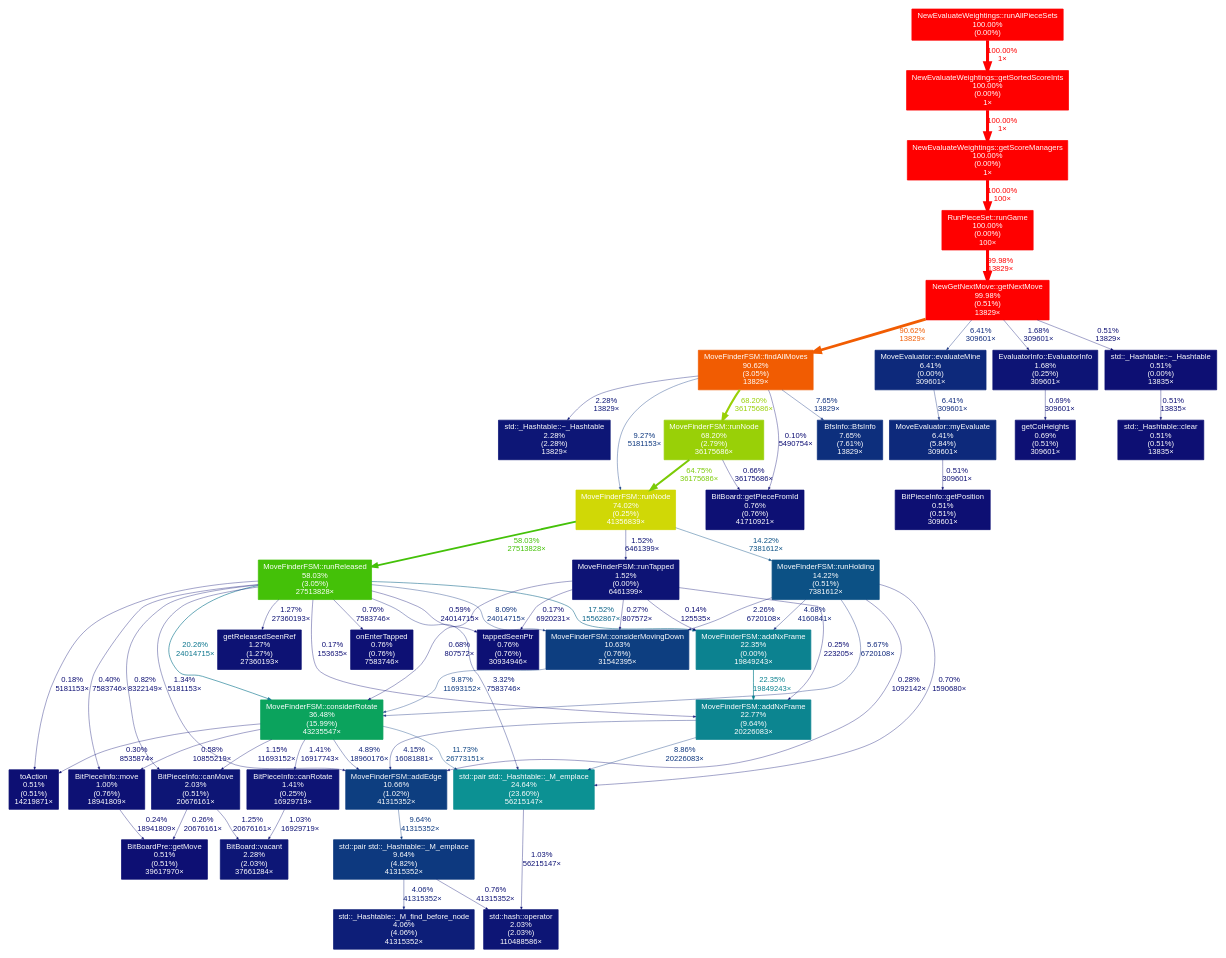
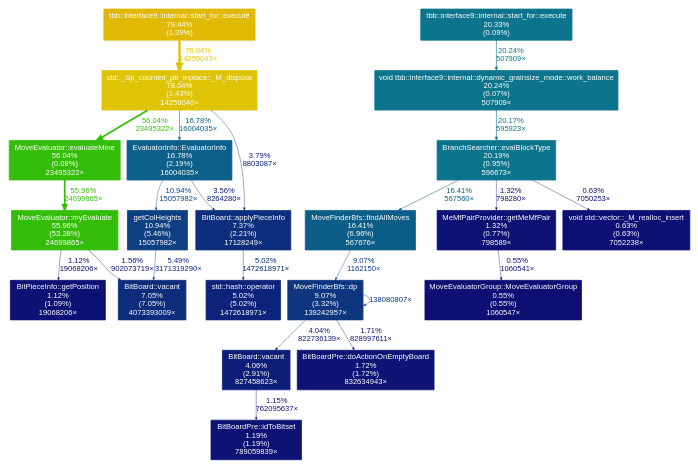
The diagram in cpp/scripts/hi.dot (domsleee/tetrisai), drawn with Graphviz before and after one commit. The commit also changed 153 other files, not shown here.

```diff
--- a/cpp/scripts/hi.dot
+++ b/cpp/scripts/hi.dot
@@ -2,105 +2,47 @@
 	graph [fontname=Arial, nodesep=0.125, ranksep=0.25];
 	node [fontcolor=white, fontname=Arial, height=0, shape=box, style=filled, width=0];
 	edge [fontname=Arial];
-	1 [color="#ff0000", fontcolor="#ffffff", fontsize="10.00", label="NewEvaluateWeightings::getScoreManagers\n100.00%\n(0.00%)\n1×"];
-	1 -> 4 [arrowsize="1.00", color="#ff0000", fontcolor="#ff0000", fontsize="10.00", label="100.00%\n100×", labeldistance="4.00", penwidth="4.00"];
-	2 [color="#ff0000", fontcolor="#ffffff", fontsize="10.00", label="NewEvaluateWeightings::getSortedScoreInts\n100.00%\n(0.00%)\n1×"];
-	2 -> 1 [arrowsize="1.00", color="#ff0000", fontcolor="#ff0000", fontsize="10.00", label="100.00%\n1×", labeldistance="4.00", penwidth="4.00"];
-	3 [color="#ff0000", fontcolor="#ffffff", fontsize="10.00", label="NewEvaluateWeightings::runAllPieceSets\n100.00%\n(0.00%)"];
-	3 -> 2 [arrowsize="1.00", color="#ff0000", fontcolor="#ff0000", fontsize="10.00", label="100.00%\n1×", labeldistance="4.00", penwidth="4.00"];
-	4 [color="#ff0000", fontcolor="#ffffff", fontsize="10.00", label="RunPieceSet::runGame\n100.00%\n(0.00%)\n100×"];
-	4 -> 5 [arrowsize="1.00", color="#ff0000", fontcolor="#ff0000", fontsize="10.00", label="99.98%\n13829×", labeldistance="4.00", penwidth="4.00"];
-	5 [color="#ff0000", fontcolor="#ffffff", fontsize="10.00", label="NewGetNextMove::getNextMove\n99.98%\n(0.51%)\n13829×"];
-	5 -> 6 [arrowsize="0.95", color="#f15c02", fontcolor="#f15c02", fontsize="10.00", label="90.62%\n13829×", labeldistance="3.62", penwidth="3.62"];
-	5 -> 20 [arrowsize="0.35", color="#0d297b", fontcolor="#0d297b", fontsize="10.00", label="6.41%\n309601×", labeldistance="0.50", penwidth="0.50"];
-	5 -> 26 [arrowsize="0.35", color="#0d1475", fontcolor="#0d1475", fontsize="10.00", label="1.68%\n309601×", labeldistance="0.50", penwidth="0.50"];
-	5 -> 39 [arrowsize="0.35", color="#0d0f73", fontcolor="#0d0f73", fontsize="10.00", label="0.51%\n13829×", labeldistance="0.50", penwidth="0.50"];
-	6 [color="#f15c02", fontcolor="#ffffff", fontsize="10.00", label="MoveFinderFSM::findAllMoves\n90.62%\n(3.05%)\n13829×"];
-	6 -> 7 [arrowsize="0.35", color="#0d377f", fontcolor="#0d377f", fontsize="10.00", label="9.27%\n5181153×", labeldistance="0.50", penwidth="0.50"];
-	6 -> 8 [arrowsize="0.83", color="#99d007", fontcolor="#99d007", fontsize="10.00", label="68.20%\n36175686×", labeldistance="2.73", penwidth="2.73"];
-	6 -> 18 [arrowsize="0.35", color="#0d2f7d", fontcolor="#0d2f7d", fontsize="10.00", label="7.65%\n13829×", labeldistance="0.50", penwidth="0.50"];
-	6 -> 22 [arrowsize="0.35", color="#0d1676", fontcolor="#0d1676", fontsize="10.00", label="2.28%\n13829×", labeldistance="0.50", penwidth="0.50"];
-	6 -> 31 [arrowsize="0.35", color="#0d0d73", fontcolor="#0d0d73", fontsize="10.00", label="0.10%\n5490754×", labeldistance="0.50", penwidth="0.50"];
-	7 [color="#d0d806", fontcolor="#ffffff", fontsize="10.00", label="MoveFinderFSM::runNode\n74.02%\n(0.25%)\n41356839×"];
-	7 -> 9 [arrowsize="0.76", color="#44c108", fontcolor="#44c108", fontsize="10.00", label="58.03%\n27513828×", labeldistance="2.32", penwidth="2.32"];
-	7 -> 14 [arrowsize="0.38", color="#0c5185", fontcolor="#0c5185", fontsize="10.00", label="14.22%\n7381612×", labeldistance="0.57", penwidth="0.57"];
-	7 -> 27 [arrowsize="0.35", color="#0d1375", fontcolor="#0d1375", fontsize="10.00", label="1.52%\n6461399×", labeldistance="0.50", penwidth="0.50"];
-	8 [color="#99d007", fontcolor="#ffffff", fontsize="10.00", label="MoveFinderFSM::runNode\n68.20%\n(2.79%)\n36175686×"];
-	8 -> 7 [arrowsize="0.80", color="#7bcb07", fontcolor="#7bcb07", fontsize="10.00", label="64.75%\n36175686×", labeldistance="2.59", penwidth="2.59"];
-	8 -> 31 [arrowsize="0.35", color="#0d0f74", fontcolor="#0d0f74", fontsize="10.00", label="0.66%\n36175686×", labeldistance="0.50", penwidth="0.50"];
-	9 [color="#44c108", fontcolor="#ffffff", fontsize="10.00", label="MoveFinderFSM::runReleased\n58.03%\n(3.05%)\n27513828×"];
-	9 -> 10 [arrowsize="0.45", color="#0c758d", fontcolor="#0c758d", fontsize="10.00", label="20.26%\n24014715×", labeldistance="0.81", penwidth="0.81"];
-	9 -> 11 [arrowsize="0.35", color="#0d1b77", fontcolor="#0d1b77", fontsize="10.00", label="3.32%\n7583746×", labeldistance="0.50", penwidth="0.50"];
-	9 -> 12 [arrowsize="0.35", color="#0d0d73", fontcolor="#0d0d73", fontsize="10.00", label="0.17%\n153635×", labeldistance="0.50", penwidth="0.50"];
-	9 -> 13 [arrowsize="0.42", color="#0c6489", fontcolor="#0c6489", fontsize="10.00", label="17.52%\n15562867×", labeldistance="0.70", penwidth="0.70"];
-	9 -> 15 [arrowsize="0.35", color="#0d1274", fontcolor="#0d1274", fontsize="10.00", label="1.34%\n5181153×", labeldistance="0.50", penwidth="0.50"];
-	9 -> 16 [arrowsize="0.35", color="#0d317d", fontcolor="#0d317d", fontsize="10.00", label="8.09%\n24014715×", labeldistance="0.50", penwidth="0.50"];
-	9 -> 25 [arrowsize="0.35", color="#0d1074", fontcolor="#0d1074", fontsize="10.00", label="0.82%\n8322149×", labeldistance="0.50", penwidth="0.50"];
-	9 -> 29 [arrowsize="0.35", color="#0d1274", fontcolor="#0d1274", fontsize="10.00", label="1.27%\n27360193×", labeldistance="0.50", penwidth="0.50"];
-	9 -> 30 [arrowsize="0.35", color="#0d0e73", fontcolor="#0d0e73", fontsize="10.00", label="0.40%\n7583746×", labeldistance="0.50", penwidth="0.50"];
-	9 -> 32 [arrowsize="0.35", color="#0d0f74", fontcolor="#0d0f74", fontsize="10.00", label="0.59%\n24014715×", labeldistance="0.50", penwidth="0.50"];
-	9 -> 33 [arrowsize="0.35", color="#0d1074", fontcolor="#0d1074", fontsize="10.00", label="0.76%\n7583746×", labeldistance="0.50", penwidth="0.50"];
-	9 -> 36 [arrowsize="0.35", color="#0d0e73", fontcolor="#0d0e73", fontsize="10.00", label="0.18%\n5181153×", labeldistance="0.50", penwidth="0.50"];
-	10 [color="#0ba35d", fontcolor="#ffffff", fontsize="10.00", label="MoveFinderFSM::considerRotate\n36.48%\n(15.99%)\n43235547×"];
-	10 -> 11 [arrowsize="0.35", color="#0d4482", fontcolor="#0d4482", fontsize="10.00", label="11.73%\n26773151×", labeldistance="0.50", penwidth="0.50"];
-	10 -> 15 [arrowsize="0.35", color="#0d2279", fontcolor="#0d2279", fontsize="10.00", label="4.89%\n18960176×", labeldistance="0.50", penwidth="0.50"];
-	10 -> 25 [arrowsize="0.35", color="#0d1174", fontcolor="#0d1174", fontsize="10.00", label="1.15%\n11693152×", labeldistance="0.50", penwidth="0.50"];
-	10 -> 28 [arrowsize="0.35", color="#0d1375", fontcolor="#0d1375", fontsize="10.00", label="1.41%\n16917743×", labeldistance="0.50", penwidth="0.50"];
-	10 -> 30 [arrowsize="0.35", color="#0d0f73", fontcolor="#0d0f73", fontsize="10.00", label="0.58%\n10855219×", labeldistance="0.50", penwidth="0.50"];
-	10 -> 36 [arrowsize="0.35", color="#0d0e73", fontcolor="#0d0e73", fontsize="10.00", label="0.30%\n8535874×", labeldistance="0.50", penwidth="0.50"];
-	11 [color="#0c9193", fontcolor="#ffffff", fontsize="10.00", label="std::pair std::_Hashtable::_M_emplace\n24.64%\n(23.60%)\n56215147×"];
-	11 -> 24 [arrowsize="0.35", color="#0d1174", fontcolor="#0d1174", fontsize="10.00", label="1.03%\n56215147×", labeldistance="0.50", penwidth="0.50"];
-	12 [color="#0c8590", fontcolor="#ffffff", fontsize="10.00", label="MoveFinderFSM::addNxFrame\n22.77%\n(9.64%)\n20226083×"];
-	12 -> 11 [arrowsize="0.35", color="#0d357e", fontcolor="#0d357e", fontsize="10.00", label="8.86%\n20226083×", labeldistance="0.50", penwidth="0.50"];
-	12 -> 15 [arrowsize="0.35", color="#0d1f78", fontcolor="#0d1f78", fontsize="10.00", label="4.15%\n16081881×", labeldistance="0.50", penwidth="0.50"];
-	13 [color="#0c8290", fontcolor="#ffffff", fontsize="10.00", label="MoveFinderFSM::addNxFrame\n22.35%\n(0.00%)\n19849243×"];
-	13 -> 12 [arrowsize="0.47", color="#0c8290", fontcolor="#0c8290", fontsize="10.00", label="22.35%\n19849243×", labeldistance="0.89", penwidth="0.89"];
-	14 [color="#0c5185", fontcolor="#ffffff", fontsize="10.00", label="MoveFinderFSM::runHolding\n14.22%\n(0.51%)\n7381612×"];
-	14 -> 10 [arrowsize="0.35", color="#0d267a", fontcolor="#0d267a", fontsize="10.00", label="5.67%\n6720108×", labeldistance="0.50", penwidth="0.50"];
-	14 -> 11 [arrowsize="0.35", color="#0d1074", fontcolor="#0d1074", fontsize="10.00", label="0.70%\n1590680×", labeldistance="0.50", penwidth="0.50"];
-	14 -> 13 [arrowsize="0.35", color="#0d2179", fontcolor="#0d2179", fontsize="10.00", label="4.68%\n4160841×", labeldistance="0.50", penwidth="0.50"];
-	14 -> 15 [arrowsize="0.35", color="#0d0e73", fontcolor="#0d0e73", fontsize="10.00", label="0.28%\n1092142×", labeldistance="0.50", penwidth="0.50"];
-	14 -> 16 [arrowsize="0.35", color="#0d1676", fontcolor="#0d1676", fontsize="10.00", label="2.26%\n6720108×", labeldistance="0.50", penwidth="0.50"];
-	15 [color="#0d3e80", fontcolor="#ffffff", fontsize="10.00", label="MoveFinderFSM::addEdge\n10.66%\n(1.02%)\n41315352×"];
-	15 -> 17 [arrowsize="0.35", color="#0d397f", fontcolor="#0d397f", fontsize="10.00", label="9.64%\n41315352×", labeldistance="0.50", penwidth="0.50"];
-	16 [color="#0d3e80", fontcolor="#ffffff", fontsize="10.00", label="MoveFinderFSM::considerMovingDown\n10.63%\n(0.76%)\n31542395×"];
-	16 -> 10 [arrowsize="0.35", color="#0d3a7f", fontcolor="#0d3a7f", fontsize="10.00", label="9.87%\n11693152×", labeldistance="0.50", penwidth="0.50"];
-	17 [color="#0d397f", fontcolor="#ffffff", fontsize="10.00", label="std::pair std::_Hashtable::_M_emplace\n9.64%\n(4.82%)\n41315352×"];
-	17 -> 21 [arrowsize="0.35", color="#0d1e78", fontcolor="#0d1e78", fontsize="10.00", label="4.06%\n41315352×", labeldistance="0.50", penwidth="0.50"];
-	17 -> 24 [arrowsize="0.35", color="#0d1074", fontcolor="#0d1074", fontsize="10.00", label="0.76%\n41315352×", labeldistance="0.50", penwidth="0.50"];
-	18 [color="#0d2f7d", fontcolor="#ffffff", fontsize="10.00", label="BfsInfo::BfsInfo\n7.65%\n(7.61%)\n13829×"];
-	19 [color="#0d297b", fontcolor="#ffffff", fontsize="10.00", label="MoveEvaluator::myEvaluate\n6.41%\n(5.84%)\n309601×"];
-	19 -> 37 [arrowsize="0.35", color="#0d0f73", fontcolor="#0d0f73", fontsize="10.00", label="0.51%\n309601×", labeldistance="0.50", penwidth="0.50"];
-	20 [color="#0d297b", fontcolor="#ffffff", fontsize="10.00", label="MoveEvaluator::evaluateMine\n6.41%\n(0.00%)\n309601×"];
-	20 -> 19 [arrowsize="0.35", color="#0d297b", fontcolor="#0d297b", fontsize="10.00", label="6.41%\n309601×", labeldistance="0.50", penwidth="0.50"];
-	21 [color="#0d1e78", fontcolor="#ffffff", fontsize="10.00", label="std::_Hashtable::_M_find_before_node\n4.06%\n(4.06%)\n41315352×"];
-	22 [color="#0d1676", fontcolor="#ffffff", fontsize="10.00", label="std::_Hashtable::~_Hashtable\n2.28%\n(2.28%)\n13829×"];
-	23 [color="#0d1676", fontcolor="#ffffff", fontsize="10.00", label="BitBoard::vacant\n2.28%\n(2.03%)\n37661284×"];
-	24 [color="#0d1575", fontcolor="#ffffff", fontsize="10.00", label="std::hash::operator\n2.03%\n(2.03%)\n110488586×"];
-	25 [color="#0d1575", fontcolor="#ffffff", fontsize="10.00", label="BitPieceInfo::canMove\n2.03%\n(0.51%)\n20676161×"];
-	25 -> 23 [arrowsize="0.35", color="#0d1274", fontcolor="#0d1274", fontsize="10.00", label="1.25%\n20676161×", labeldistance="0.50", penwidth="0.50"];
-	25 -> 35 [arrowsize="0.35", color="#0d0e73", fontcolor="#0d0e73", fontsize="10.00", label="0.26%\n20676161×", labeldistance="0.50", penwidth="0.50"];
-	26 [color="#0d1475", fontcolor="#ffffff", fontsize="10.00", label="EvaluatorInfo::EvaluatorInfo\n1.68%\n(0.25%)\n309601×"];
-	26 -> 34 [arrowsize="0.35", color="#0d1074", fontcolor="#0d1074", fontsize="10.00", label="0.69%\n309601×", labeldistance="0.50", penwidth="0.50"];
-	27 [color="#0d1375", fontcolor="#ffffff", fontsize="10.00", label="MoveFinderFSM::runTapped\n1.52%\n(0.00%)\n6461399×"];
-	27 -> 10 [arrowsize="0.35", color="#0d1074", fontcolor="#0d1074", fontsize="10.00", label="0.68%\n807572×", labeldistance="0.50", penwidth="0.50"];
-	27 -> 12 [arrowsize="0.35", color="#0d0e73", fontcolor="#0d0e73", fontsize="10.00", label="0.25%\n223205×", labeldistance="0.50", penwidth="0.50"];
-	27 -> 13 [arrowsize="0.35", color="#0d0d73", fontcolor="#0d0d73", fontsize="10.00", label="0.14%\n125535×", labeldistance="0.50", penwidth="0.50"];
-	27 -> 16 [arrowsize="0.35", color="#0d0e73", fontcolor="#0d0e73", fontsize="10.00", label="0.27%\n807572×", labeldistance="0.50", penwidth="0.50"];
-	27 -> 32 [arrowsize="0.35", color="#0d0d73", fontcolor="#0d0d73", fontsize="10.00", label="0.17%\n6920231×", labeldistance="0.50", penwidth="0.50"];
-	28 [color="#0d1375", fontcolor="#ffffff", fontsize="10.00", label="BitPieceInfo::canRotate\n1.41%\n(0.25%)\n16929719×"];
-	28 -> 23 [arrowsize="0.35", color="#0d1174", fontcolor="#0d1174", fontsize="10.00", label="1.03%\n16929719×", labeldistance="0.50", penwidth="0.50"];
-	29 [color="#0d1274", fontcolor="#ffffff", fontsize="10.00", label="getReleasedSeenRef\n1.27%\n(1.27%)\n27360193×"];
-	30 [color="#0d1174", fontcolor="#ffffff", fontsize="10.00", label="BitPieceInfo::move\n1.00%\n(0.76%)\n18941809×"];
-	30 -> 35 [arrowsize="0.35", color="#0d0e73", fontcolor="#0d0e73", fontsize="10.00", label="0.24%\n18941809×", labeldistance="0.50", penwidth="0.50"];
-	31 [color="#0d1074", fontcolor="#ffffff", fontsize="10.00", label="BitBoard::getPieceFromId\n0.76%\n(0.76%)\n41710921×"];
-	32 [color="#0d1074", fontcolor="#ffffff", fontsize="10.00", label="tappedSeenPtr\n0.76%\n(0.76%)\n30934946×"];
-	33 [color="#0d1074", fontcolor="#ffffff", fontsize="10.00", label="onEnterTapped\n0.76%\n(0.76%)\n7583746×"];
-	34 [color="#0d1074", fontcolor="#ffffff", fontsize="10.00", label="getColHeights\n0.69%\n(0.51%)\n309601×"];
-	35 [color="#0d0f73", fontcolor="#ffffff", fontsize="10.00", label="BitBoardPre::getMove\n0.51%\n(0.51%)\n39617970×"];
-	36 [color="#0d0f73", fontcolor="#ffffff", fontsize="10.00", label="toAction\n0.51%\n(0.51%)\n14219871×"];
-	37 [color="#0d0f73", fontcolor="#ffffff", fontsize="10.00", label="BitPieceInfo::getPosition\n0.51%\n(0.51%)\n309601×"];
-	38 [color="#0d0f73", fontcolor="#ffffff", fontsize="10.00", label="std::_Hashtable::clear\n0.51%\n(0.51%)\n13835×"];
-	39 [color="#0d0f73", fontcolor="#ffffff", fontsize="10.00", label="std::_Hashtable::~_Hashtable\n0.51%\n(0.00%)\n13835×"];
-	39 -> 38 [arrowsize="0.35", color="#0d0f73", fontcolor="#0d0f73", fontsize="10.00", label="0.51%\n13835×", labeldistance="0.50", penwidth="0.50"];
+	1 [color="#e0b905", fontcolor="#ffffff", fontsize="10.00", label="tbb::interface9::internal::start_for::execute\n79.44%\n(1.39%)"];
+	1 -> 2 [arrowsize="0.88", color="#dec405", fontcolor="#dec405", fontsize="10.00", label="78.04%\n14259043×", labeldistance="3.12", penwidth="3.12"];
+	2 [color="#dec405", fontcolor="#ffffff", fontsize="10.00", label="std::_Sp_counted_ptr_inplace::_M_dispose\n78.04%\n(1.43%)\n14259046×"];
+	2 -> 3 [arrowsize="0.75", color="#35be09", fontcolor="#35be09", fontsize="10.00", label="56.04%\n23495322×", labeldistance="2.24", penwidth="2.24"];
+	2 -> 8 [arrowsize="0.41", color="#0c6089", fontcolor="#0c6089", fontsize="10.00", label="16.78%\n16004035×", labeldistance="0.67", penwidth="0.67"];
+	2 -> 12 [arrowsize="0.35", color="#0d1d78", fontcolor="#0d1d78", fontsize="10.00", label="3.79%\n8803087×", labeldistance="0.50", penwidth="0.50"];
+	3 [color="#35be09", fontcolor="#ffffff", fontsize="10.00", label="MoveEvaluator::evaluateMine\n56.04%\n(0.08%)\n23495322×"];
+	3 -> 4 [arrowsize="0.75", color="#34be09", fontcolor="#34be09", fontsize="10.00", label="55.96%\n24699865×", labeldistance="2.24", penwidth="2.24"];
+	4 [color="#34be09", fontcolor="#ffffff", fontsize="10.00", label="MoveEvaluator::myEvaluate\n55.96%\n(53.28%)\n24699865×"];
+	4 -> 13 [arrowsize="0.35", color="#0d1375", fontcolor="#0d1375", fontsize="10.00", label="1.56%\n902073719×", labeldistance="0.50", penwidth="0.50"];
+	4 -> 19 [arrowsize="0.35", color="#0d1174", fontcolor="#0d1174", fontsize="10.00", label="1.12%\n19068206×", labeldistance="0.50", penwidth="0.50"];
+	5 [color="#0c758d", fontcolor="#ffffff", fontsize="10.00", label="tbb::interface9::internal::start_for::execute\n20.33%\n(0.09%)"];
+	5 -> 6 [arrowsize="0.45", color="#0c758d", fontcolor="#0c758d", fontsize="10.00", label="20.24%\n507909×", labeldistance="0.81", penwidth="0.81"];
+	6 [color="#0c758d", fontcolor="#ffffff", fontsize="10.00", label="void tbb::interface9::internal::dynamic_grainsize_mode::work_balance\n20.24%\n(0.07%)\n507909×"];
+	6 -> 7 [arrowsize="0.45", color="#0c748d", fontcolor="#0c748d", fontsize="10.00", label="20.17%\n595923×", labeldistance="0.81", penwidth="0.81"];
+	7 [color="#0c748d", fontcolor="#ffffff", fontsize="10.00", label="BranchSearcher::evalBlockType\n20.19%\n(0.95%)\n596673×"];
+	7 -> 9 [arrowsize="0.41", color="#0c5e88", fontcolor="#0c5e88", fontsize="10.00", label="16.41%\n567560×", labeldistance="0.66", penwidth="0.66"];
+	7 -> 17 [arrowsize="0.35", color="#0d1274", fontcolor="#0d1274", fontsize="10.00", label="1.32%\n798280×", labeldistance="0.50", penwidth="0.50"];
+	7 -> 20 [arrowsize="0.35", color="#0d0f74", fontcolor="#0d0f74", fontsize="10.00", label="0.63%\n7050253×", labeldistance="0.50", penwidth="0.50"];
+	8 [color="#0c6089", fontcolor="#ffffff", fontsize="10.00", label="EvaluatorInfo::EvaluatorInfo\n16.78%\n(2.19%)\n16004035×"];
+	8 -> 10 [arrowsize="0.35", color="#0d3f81", fontcolor="#0d3f81", fontsize="10.00", label="10.94%\n15057982×", labeldistance="0.50", penwidth="0.50"];
+	8 -> 12 [arrowsize="0.35", color="#0d1c77", fontcolor="#0d1c77", fontsize="10.00", label="3.56%\n8264280×", labeldistance="0.50", penwidth="0.50"];
+	9 [color="#0c5e88", fontcolor="#ffffff", fontsize="10.00", label="MoveFinderBfs::findAllMoves\n16.41%\n(6.96%)\n567676×"];
+	9 -> 11 [arrowsize="0.35", color="#0d367e", fontcolor="#0d367e", fontsize="10.00", label="9.07%\n1162150×", labeldistance="0.50", penwidth="0.50"];
+	10 [color="#0d3f81", fontcolor="#ffffff", fontsize="10.00", label="getColHeights\n10.94%\n(5.46%)\n15057982×"];
+	10 -> 13 [arrowsize="0.35", color="#0d257a", fontcolor="#0d257a", fontsize="10.00", label="5.49%\n3171319290×", labeldistance="0.50", penwidth="0.50"];
+	11 [color="#0d367e", fontcolor="#ffffff", fontsize="10.00", label="MoveFinderBfs::dp\n9.07%\n(3.32%)\n139242957×"];
+	11 -> 11 [arrowsize="0.35", color="#0d367e", fontcolor="#0d367e", fontsize="10.00", label="138080807×", labeldistance="0.50", penwidth="0.50"];
+	11 -> 15 [arrowsize="0.35", color="#0d1e78", fontcolor="#0d1e78", fontsize="10.00", label="4.04%\n822736139×", labeldistance="0.50", penwidth="0.50"];
+	11 -> 16 [arrowsize="0.35", color="#0d1475", fontcolor="#0d1475", fontsize="10.00", label="1.71%\n828997611×", labeldistance="0.50", penwidth="0.50"];
+	12 [color="#0d2e7c", fontcolor="#ffffff", fontsize="10.00", label="BitBoard::applyPieceInfo\n7.37%\n(2.21%)\n17128249×"];
+	12 -> 14 [arrowsize="0.35", color="#0d2279", fontcolor="#0d2279", fontsize="10.00", label="5.02%\n1472618971×", labeldistance="0.50", penwidth="0.50"];
+	13 [color="#0d2c7c", fontcolor="#ffffff", fontsize="10.00", label="BitBoard::vacant\n7.05%\n(7.05%)\n4073393009×"];
+	14 [color="#0d2279", fontcolor="#ffffff", fontsize="10.00", label="std::hash::operator\n5.02%\n(5.02%)\n1472618971×"];
+	15 [color="#0d1e78", fontcolor="#ffffff", fontsize="10.00", label="BitBoard::vacant\n4.06%\n(2.91%)\n827458623×"];
+	15 -> 18 [arrowsize="0.35", color="#0d1274", fontcolor="#0d1274", fontsize="10.00", label="1.15%\n762095637×", labeldistance="0.50", penwidth="0.50"];
+	16 [color="#0d1475", fontcolor="#ffffff", fontsize="10.00", label="BitBoardPre::doActionOnEmptyBoard\n1.72%\n(1.72%)\n832634943×"];
+	17 [color="#0d1274", fontcolor="#ffffff", fontsize="10.00", label="MeMfPairProvider::getMeMfPair\n1.32%\n(0.77%)\n798589×"];
+	17 -> 21 [arrowsize="0.35", color="#0d0f73", fontcolor="#0d0f73", fontsize="10.00", label="0.55%\n1060541×", labeldistance="0.50", penwidth="0.50"];
+	18 [color="#0d1274", fontcolor="#ffffff", fontsize="10.00", label="BitBoardPre::idToBitset\n1.19%\n(1.19%)\n789059839×"];
+	19 [color="#0d1174", fontcolor="#ffffff", fontsize="10.00", label="BitPieceInfo::getPosition\n1.12%\n(1.09%)\n19068206×"];
+	20 [color="#0d0f74", fontcolor="#ffffff", fontsize="10.00", label="void std::vector::_M_realloc_insert\n0.63%\n(0.63%)\n7052238×"];
+	21 [color="#0d0f73", fontcolor="#ffffff", fontsize="10.00", label="MoveEvaluatorGroup::MoveEvaluatorGroup\n0.55%\n(0.55%)\n1060547×"];
 }
```
